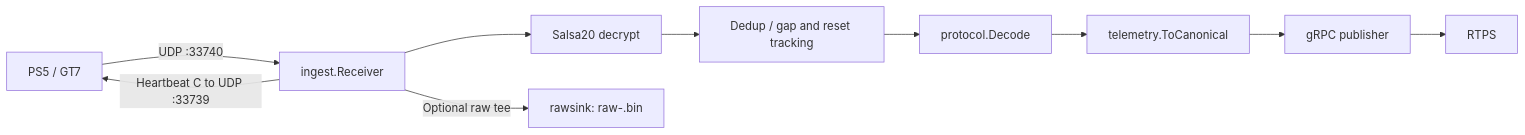
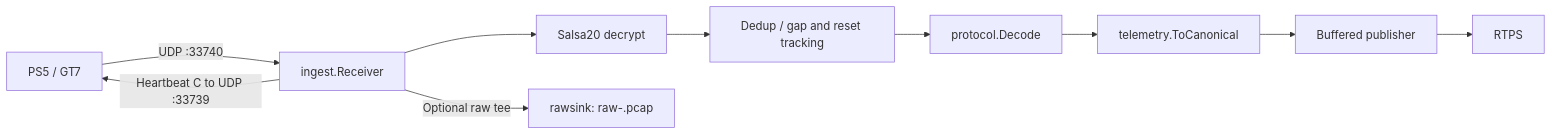
One commit to arush-sal/gt7-telemetry-collector changed the diagram in README.md. Above: the diagram before and after it, drawn with Mermaid. The commit also changed other lines of this file and 17 other files, not shown here.

First line of the commit message:
feat: pcap raw dumps, multi-transport publisher, latest deps

````diff
--- a/README.md
+++ b/README.md
@@ -109,12 +111,12 @@
 ```mermaid
 flowchart LR
     PS5["PS5 / GT7"] -->|"UDP :33740"| Receiver["ingest.Receiver"]
     Receiver -->|"Heartbeat C to UDP :33739"| PS5
     Receiver --> Decrypt["Salsa20 decrypt"]
-    Receiver -->|"Optional raw tee"| Raw["rawsink: raw-<unix>.bin"]
+    Receiver -->|"Optional raw tee"| Raw["rawsink: raw-<unix>.pcap"]
     Decrypt --> Dedup["Dedup / gap and reset tracking"]
     Dedup --> Decode["protocol.Decode"]
     Decode --> Canonical["telemetry.ToCanonical"]
-    Canonical --> Publisher["gRPC publisher"]
+    Canonical --> Publisher["Buffered publisher"]
     Publisher --> RTPS["RTPS"]
 ```
````
